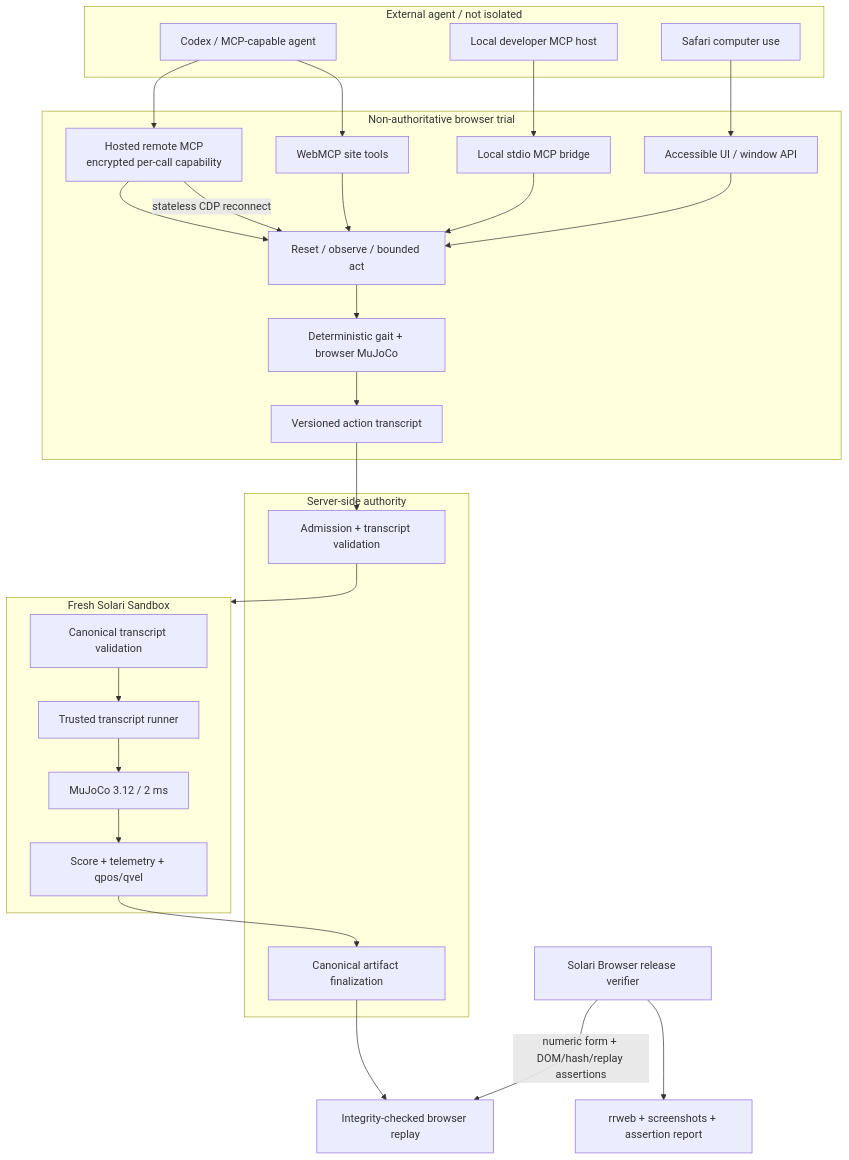
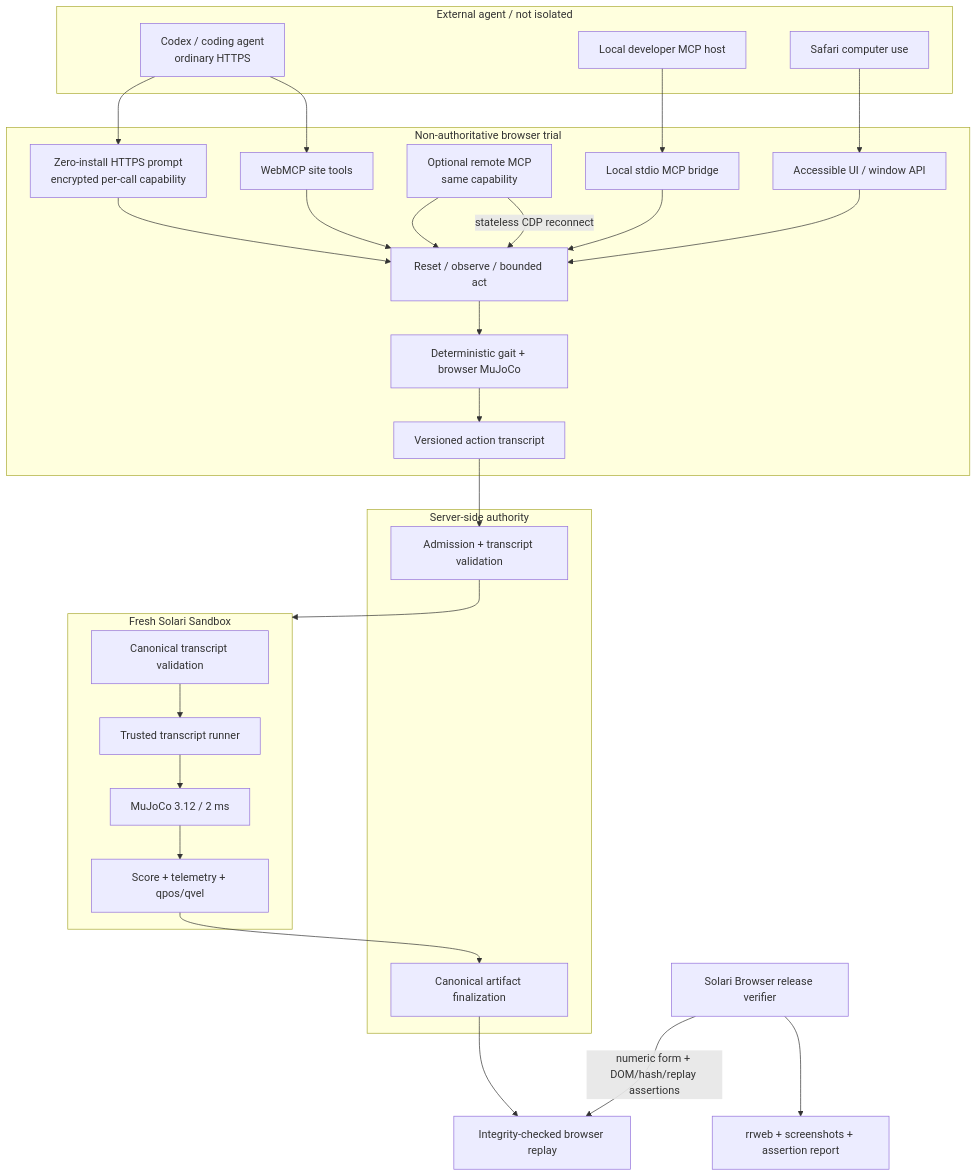
One commit to EXO-Robotics/solari-agent-arena changed the diagram in docs/ARCHITECTURE.md. Above: the diagram before and after it, drawn with Mermaid. The commit also changed other lines of this file and 10 other files, not shown here.

Commit message:
Add zero-install HTTPS agent runs

````diff
--- a/docs/ARCHITECTURE.md
+++ b/docs/ARCHITECTURE.md
@@ -5,43 +5,45 @@
 ```mermaid
 flowchart TB
   subgraph Agent[External agent / not isolated]
-    C[Codex / MCP-capable agent]
+    C[Codex / coding agent<br/>ordinary HTTPS]
     L[Local developer MCP host]
     S[Safari computer use]
   end
   subgraph Browser[Non-authoritative browser trial]
     W[WebMCP site tools]
-    M[Hosted remote MCP<br/>encrypted per-call capability]
+    H[Zero-install HTTPS prompt<br/>encrypted per-call capability]
+    M[Optional remote MCP<br/>same capability]
     LM[Local stdio MCP bridge]
     U[Accessible UI / window API]
     O[Reset / observe / bounded act]
     P[Deterministic gait + browser MuJoCo]
     T[Versioned action transcript]
     W --> O
+    H --> O
     M --> O
     U --> O
     O --> P --> T
   end
-  C --> M
+  C --> H
   C --> W
   L --> LM
   M -->|stateless CDP reconnect| O
   LM --> O
   S --> U
   T --> API
   subgraph Server[Server-side authority]
     API[Admission + transcript validation]
     F[Canonical artifact finalization]
   end
   API --> SS
   subgraph SS[Fresh Solari Sandbox]
     V[Canonical transcript validation]
     R[Trusted transcript runner]
     MU[MuJoCo 3.12 / 2 ms]
     E[Score + telemetry + qpos/qvel]
     V --> R --> MU --> E
   end
   E --> F --> VR[Integrity-checked browser replay]
   B[Solari Browser release verifier] -->|numeric form + DOM/hash/replay assertions| VR
   B --> EV[rrweb + screenshots + assertion report]
 ```
````
